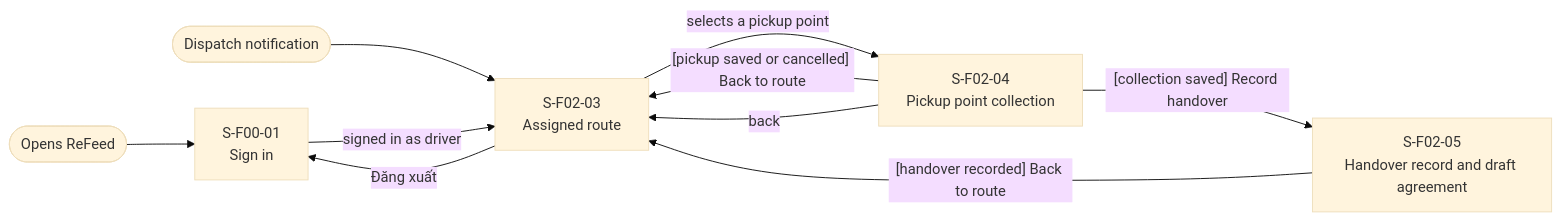
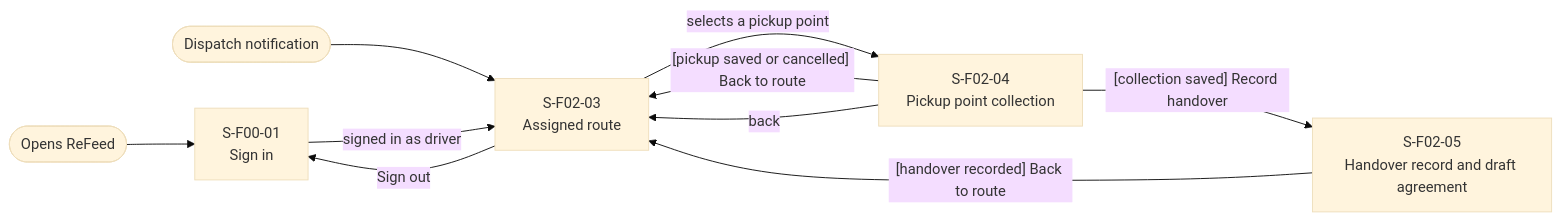
One commit to thuyvicbh-alt/DBIZ2---GROUP-D changed the second of 4 diagrams in docs/external-design/screen-transition.md. Above: the diagram before and after it, drawn with Mermaid (base theme). The commit also changed other lines of this file, not shown here.

````diff
--- a/docs/external-design/screen-transition.md
+++ b/docs/external-design/screen-transition.md
@@ -66,18 +66,18 @@
 ```mermaid
 flowchart LR
   entry(["Opens ReFeed"])
   notif(["Dispatch notification"])
   S00_01["S-F00-01<br>Sign in"]
   S02_03["S-F02-03<br>Assigned route"]
   S02_04["S-F02-04<br>Pickup point collection"]
   S02_05["S-F02-05<br>Handover record and draft agreement"]
   entry --> S00_01
   notif --> S02_03
   S00_01 -->|"signed in as driver"| S02_03
   S02_03 -->|"selects a pickup point"| S02_04
-  S02_03 -->|"Đăng xuất"| S00_01
+  S02_03 -->|"Sign out"| S00_01
   S02_04 -->|"[collection saved] Record handover"| S02_05
   S02_04 -->|"[pickup saved or cancelled] Back to route"| S02_03
   S02_04 -->|"back"| S02_03
   S02_05 -->|"[handover recorded] Back to route"| S02_03
 ```
````
